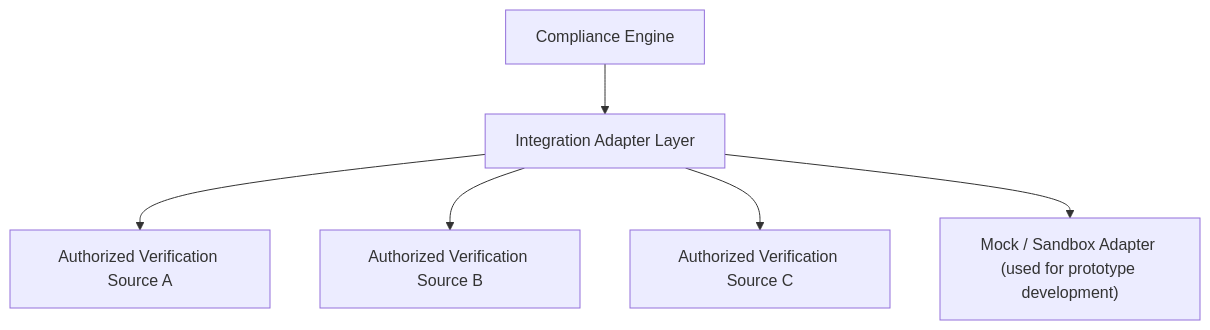
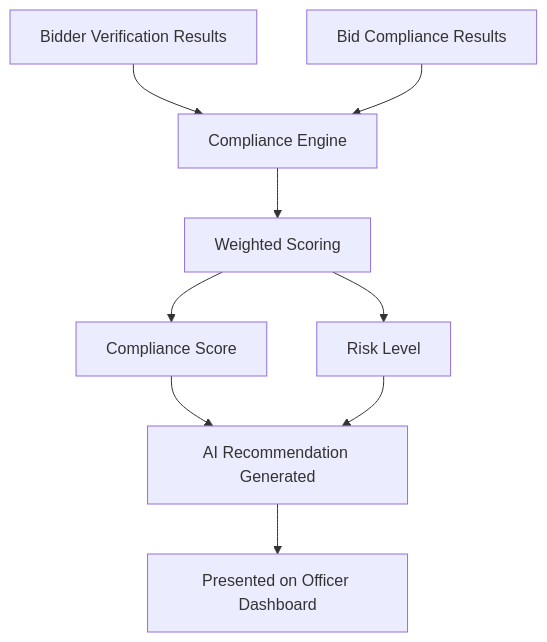
One commit to IshanWankhede/BidVerify-AI changed the eighth of 10 diagrams in Flow-Diagram.md. Above: the diagram before and after it, drawn with Mermaid. The commit also changed other lines of this file and 5 other files, not shown here.

````diff
--- a/Flow-Diagram.md
+++ b/Flow-Diagram.md
@@ -112,8 +192,11 @@
 ```mermaid
 flowchart TD
-    A[Compliance Engine] --> B[Integration Adapter Layer]
-    B --> C[Authorized Verification Source A]
-    B --> D[Authorized Verification Source B]
-    B --> E[Authorized Verification Source C]
-    B --> F["Mock / Sandbox Adapter (used for prototype development)"]
+    A[Bidder Verification Results] --> C[Compliance Engine]
+    B[Bid Compliance Results] --> C
+    C --> D[Weighted Scoring]
+    D --> E[Compliance Score]
+    D --> F[Risk Level]
+    E --> G[AI Recommendation Generated]
+    F --> G
+    G --> H[Presented on Officer Dashboard]
 ```
````
